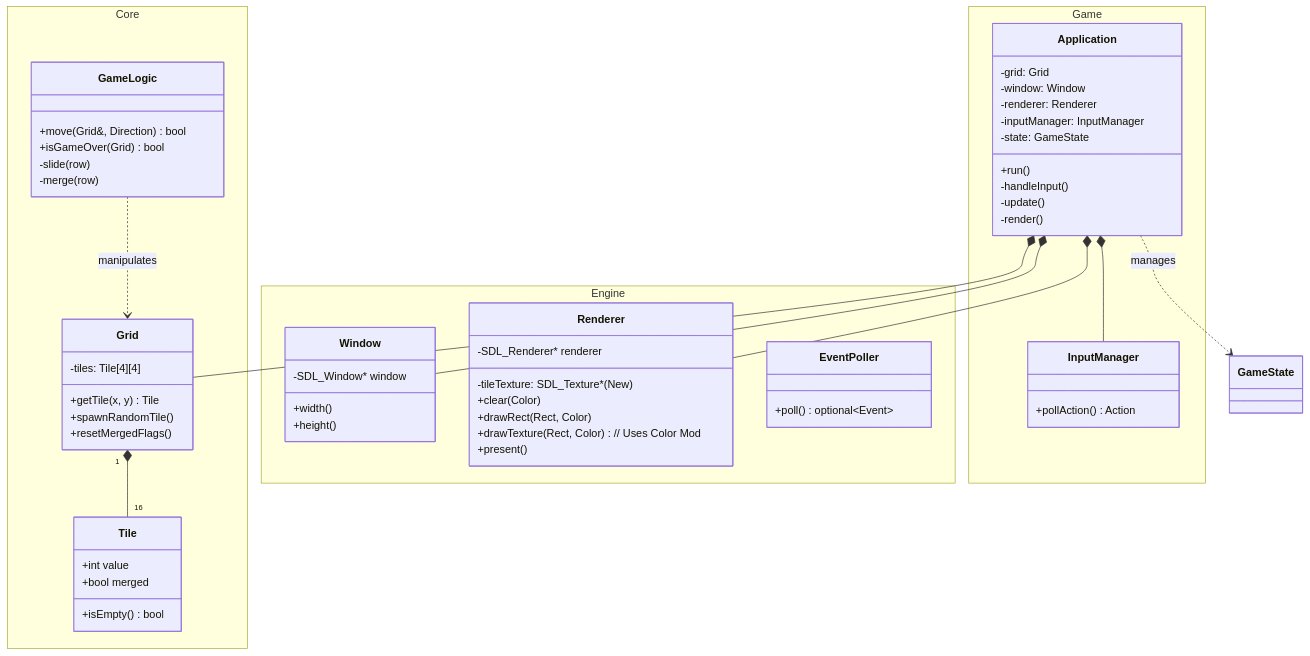
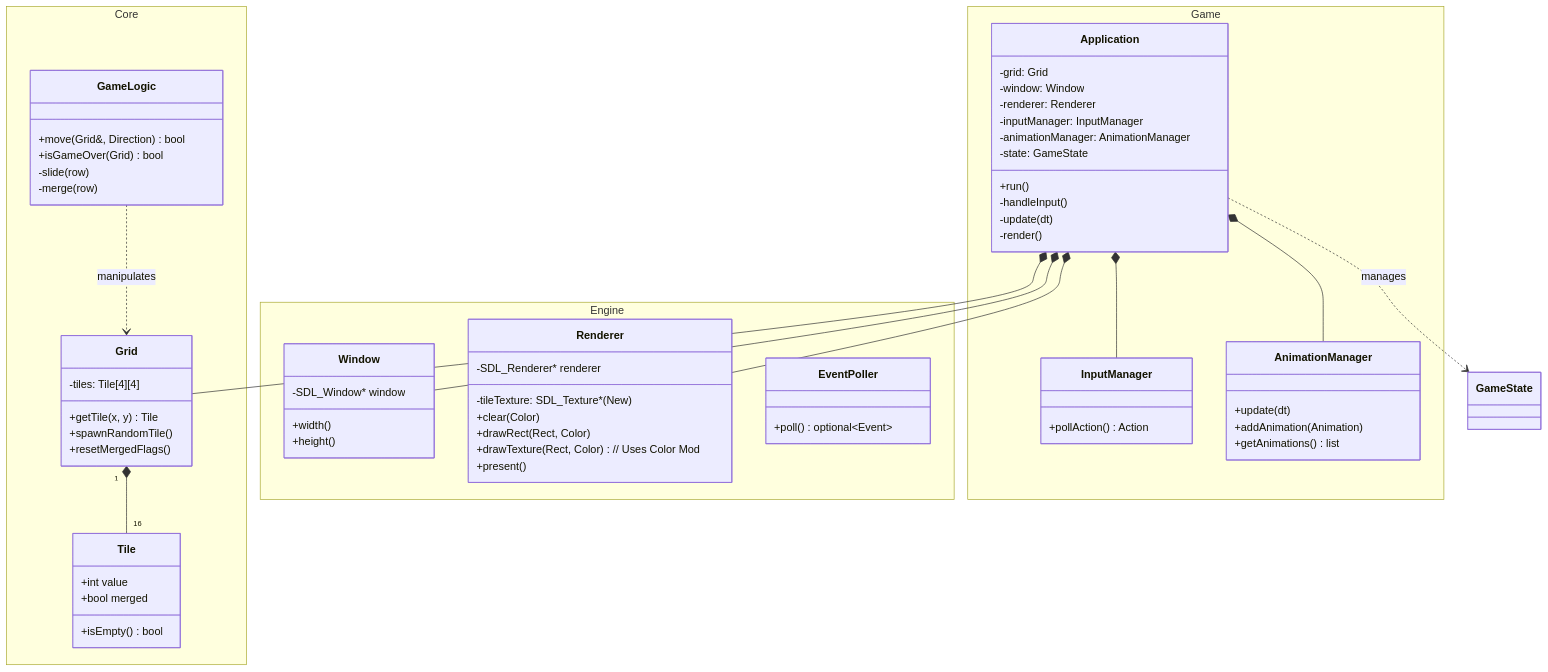
One commit to sergey-chukhno/TileTwister changed the diagram in docs/architecture.md. Above: the diagram before and after it, drawn with Mermaid. The commit also changed other lines of this file and 11 other files, not shown here.

Commit message:
feat(animations): Implement Event-Driven Animation System

````diff
--- a/docs/architecture.md
+++ b/docs/architecture.md
@@ -49,66 +50,73 @@
 ```mermaid
 classDiagram
     namespace Core {
         class Tile {
             +int value
             +bool merged
             +isEmpty() bool
         }
         class Grid {
             -tiles: Tile[4][4]
             +getTile(x, y) Tile
             +spawnRandomTile()
             +resetMergedFlags()
         }
         class GameLogic {
             +move(Grid&, Direction) bool
             +isGameOver(Grid) bool
             -slide(row)
             -merge(row)
         }
     }
 
     namespace Engine {
         class Window {
             -SDL_Window* window
             +width()
             +height()
         }
         class Renderer {
             -SDL_Renderer* renderer
             -tileTexture: SDL_Texture* (New)
             +clear(Color)
             +drawRect(Rect, Color)
             +drawTexture(Rect, Color) // Uses Color Mod
             +present()
         }
         class EventPoller {
             +poll() optional~Event~
         }
     }
 
     namespace Game {
         class Application {
             -grid: Grid
             -window: Window
             -renderer: Renderer
             -inputManager: InputManager
+            -animationManager: AnimationManager
             -state: GameState
             +run()
             -handleInput()
-            -update()
+            -update(dt)
             -render()
         }
         class InputManager {
             +pollAction() Action
+        }
+        class AnimationManager {
+            +update(dt)
+            +addAnimation(Animation)
+            +getAnimations() list
         }
     }
 
     Grid "1" *-- "16" Tile
     GameLogic ..> Grid : manipulates
     Application *-- Grid
     Application *-- Window
     Application *-- Renderer
     Application *-- InputManager
+    Application *-- AnimationManager
     Application ..> GameState : manages
 ```
````
